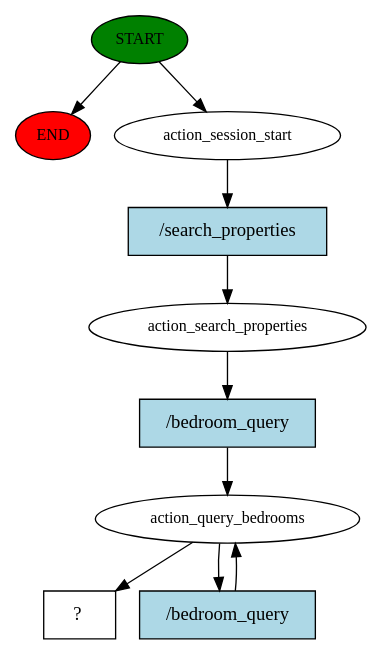
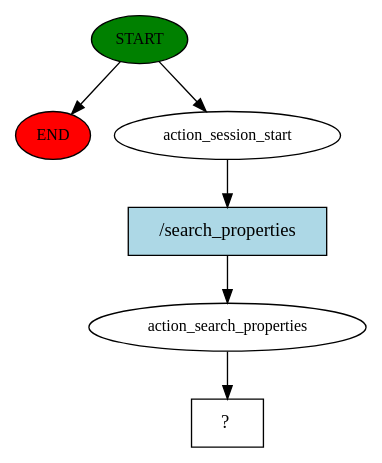
One commit to sunil-thapa99/NLP-assignment-2 changed the diagram in story_graph.dot. Above: the diagram before and after it, drawn with Graphviz. The commit also changed 16 other files, not shown here.

```diff
--- a/story_graph.dot
+++ b/story_graph.dot
@@ -1,20 +1,13 @@
 digraph  {
 0 [class="start active", fillcolor=green, fontsize=12, label=START, style=filled];
 "-1" [class=end, fillcolor=red, fontsize=12, label=END, style=filled];
 1 [class=active, fontsize=12, label=action_session_start];
 2 [class=active, fontsize=12, label=action_search_properties];
-3 [class=active, fontsize=12, label=action_query_bedrooms];
-5 [class="intent dashed active", label="  ?  ", shape=rect];
-6 [class="intent active", fillcolor=lightblue, label="/search_properties", shape=rect, style=filled];
-7 [class="intent active", fillcolor=lightblue, label="/bedroom_query", shape=rect, style=filled];
-8 [class="intent active", fillcolor=lightblue, label="/bedroom_query", shape=rect, style=filled];
+3 [class="intent dashed active", label="  ?  ", shape=rect];
+4 [class="intent active", fillcolor=lightblue, label="/search_properties", shape=rect, style=filled];
 0 -> "-1"  [class="", key=NONE, label=""];
 0 -> 1  [class=active, key=NONE, label=""];
-1 -> 6  [class=active, key=0];
-2 -> 7  [class=active, key=0];
-3 -> 5  [class=active, key=NONE, label=""];
-3 -> 8  [class=active, key=0];
-6 -> 2  [class=active, key=0];
-7 -> 3  [class=active, key=0];
-8 -> 3  [class=active, key=0];
+1 -> 4  [class=active, key=0];
+2 -> 3  [class=active, key=NONE, label=""];
+4 -> 2  [class=active, key=0];
 }
```
